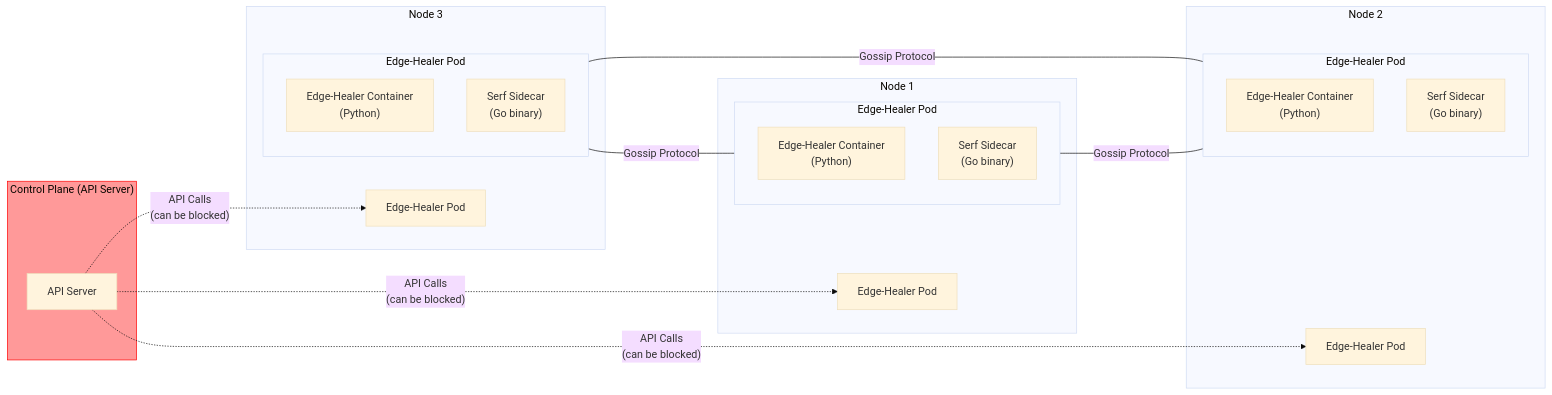
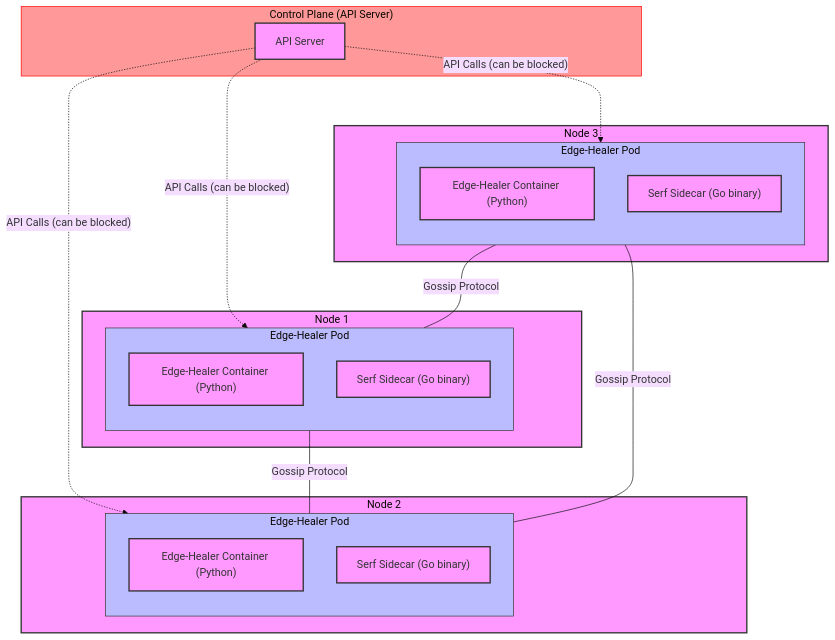
The first of 2 diagrams in README.md (dlamagna/kubernetes-edge-healer), drawn with Mermaid (base theme) before and after one commit.

Commit message:
mermaid formatting

````diff
--- a/README.md
+++ b/README.md
@@ -22,44 +22,47 @@
 ```mermaid
-flowchart LR
+flowchart TB
     subgraph Control_Plane["Control Plane (API Server)"]
         style Control_Plane fill:#ff9999,stroke:#ff0000
         CP["API Server"]
     end
 
     subgraph Node1["Node 1"]
-        EH1["Edge-Healer Pod"]
         subgraph Pod1["Edge-Healer Pod"]
             direction TB
-            C1["Edge-Healer Container\n(Python)"]
-            S1["Serf Sidecar\n(Go binary)"]
+            C1["Edge-Healer Container (Python)"]
+            S1["Serf Sidecar (Go binary)"]
         end
     end
 
     subgraph Node2["Node 2"]
-        EH2["Edge-Healer Pod"]
         subgraph Pod2["Edge-Healer Pod"]
             direction TB
-            C2["Edge-Healer Container\n(Python)"]
-            S2["Serf Sidecar\n(Go binary)"]
+            C2["Edge-Healer Container (Python)"]
+            S2["Serf Sidecar (Go binary)"]
         end
     end
 
     subgraph Node3["Node 3"]
-        EH3["Edge-Healer Pod"]
         subgraph Pod3["Edge-Healer Pod"]
             direction TB
-            C3["Edge-Healer Container\n(Python)"]
-            S3["Serf Sidecar\n(Go binary)"]
+            C3["Edge-Healer Container (Python)"]
+            S3["Serf Sidecar (Go binary)"]
         end
     end
 
     %% Control Plane connections (dashed to show it can be cut off)
-    CP -.->|"API Calls\n(can be blocked)"| EH1
-    CP -.->|"API Calls\n(can be blocked)"| EH2
-    CP -.->|"API Calls\n(can be blocked)"| EH3
+    CP -.->|"API Calls (can be blocked)"| Pod1
+    CP -.->|"API Calls (can be blocked)"| Pod2
+    CP -.->|"API Calls (can be blocked)"| Pod3
 
     %% Serf gossip network (solid lines to show it's always active)
     S1 ---|"Gossip Protocol"| S2
     S2 ---|"Gossip Protocol"| S3
     S3 ---|"Gossip Protocol"| S1
+
+    %% Layout hints
+    classDef node fill:#f9f,stroke:#333,stroke-width:2px
+    classDef pod fill:#bbf,stroke:#333,stroke-width:1px
+    class Node1,Node2,Node3 node
+    class Pod1,Pod2,Pod3 pod
 ```
````
